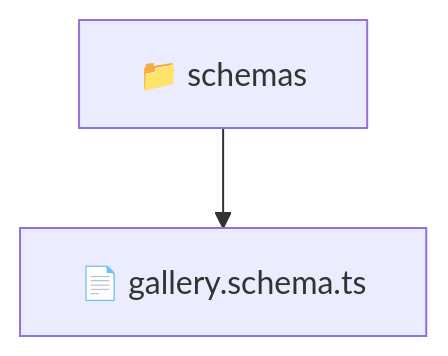
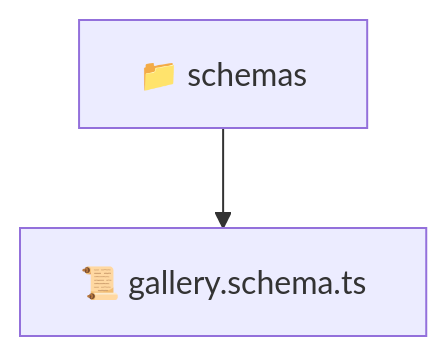
The diagram in backend/src/modules/gallery/infrastructure/schemas/README.md (beginwebdev2002/fullstack-mavluda), drawn with Mermaid before and after one commit. The commit also changed other lines of this file and 163 other files, not shown here.

````diff
--- a/backend/src/modules/gallery/infrastructure/schemas/README.md
+++ b/backend/src/modules/gallery/infrastructure/schemas/README.md
@@ -9,5 +9,5 @@
 ```mermaid
 graph TD
-  Root["📁 schemas"]
-  Root --> gallery_schema_ts["📄 gallery.schema.ts"]
+  schemas["📁 schemas"]
+  schemas --> gallery_schema_ts["📜 gallery.schema.ts"]
 ```
````
